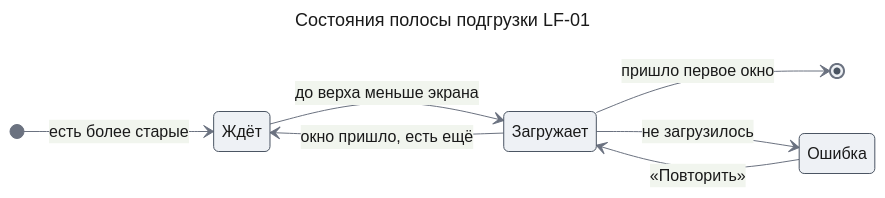
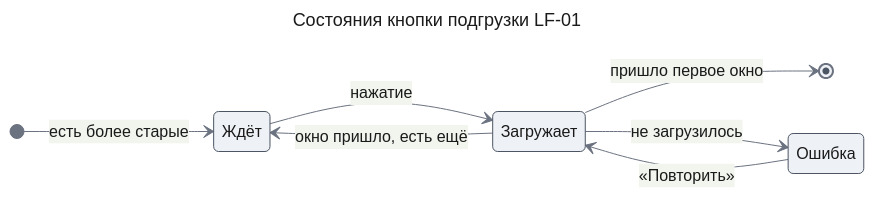
Before and after one commit to tundraray/agent-os: the second of 2 diagrams in docs/features/live-feed/uxrd.md, drawn with Mermaid. The commit also changed other lines of this file and 2 other files, not shown here.

````diff
--- a/docs/features/live-feed/uxrd.md
+++ b/docs/features/live-feed/uxrd.md
@@ -135,24 +134,24 @@
 ```mermaid
 ---
-title: "Состояния полосы подгрузки LF-01"
+title: "Состояния кнопки подгрузки LF-01"
 config:
   theme: base
   look: classic
   themeVariables:
     primaryColor: "#eef1f5"
     primaryBorderColor: "#4b5563"
     primaryTextColor: "#1a1a1a"
     lineColor: "#6b7280"
 ---
 stateDiagram-v2
     direction LR
     state "Ждёт" as idle
     state "Загружает" as loading
     state "Ошибка" as failed
     [*] --> idle: есть более старые
-    idle --> loading: до верха меньше экрана
+    idle --> loading: нажатие
     loading --> idle: окно пришло, есть ещё
     loading --> [*]: пришло первое окно
     loading --> failed: не загрузилось
     failed --> loading: «Повторить»
 ```
````
